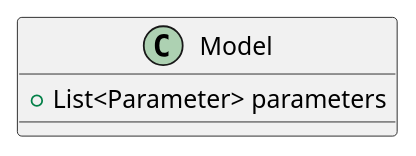
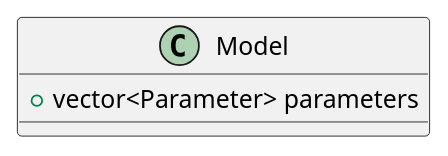
One commit to AntaresSimulatorTeam/Antares_Simulator changed the diagram in docs/user-guide/solver/new-solver/05-model.md. Above: the diagram before and after it, drawn with PlantUML. The commit also changed other lines of this file and 15 other files, not shown here.

````diff
--- a/docs/user-guide/solver/new-solver/05-model.md
+++ b/docs/user-guide/solver/new-solver/05-model.md
@@ -28,7 +28,7 @@
 ```plantuml
 @startuml
 class Model {
-+ List<Parameter> parameters
++ vector<Parameter> parameters
 }
 @enduml
 ```
````
